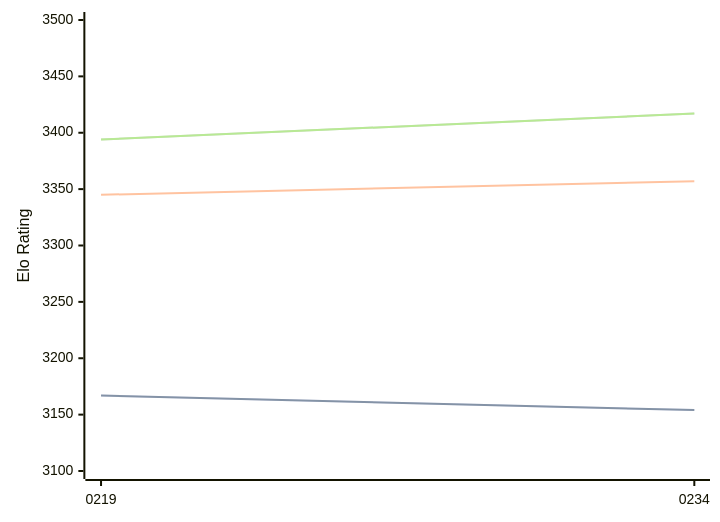
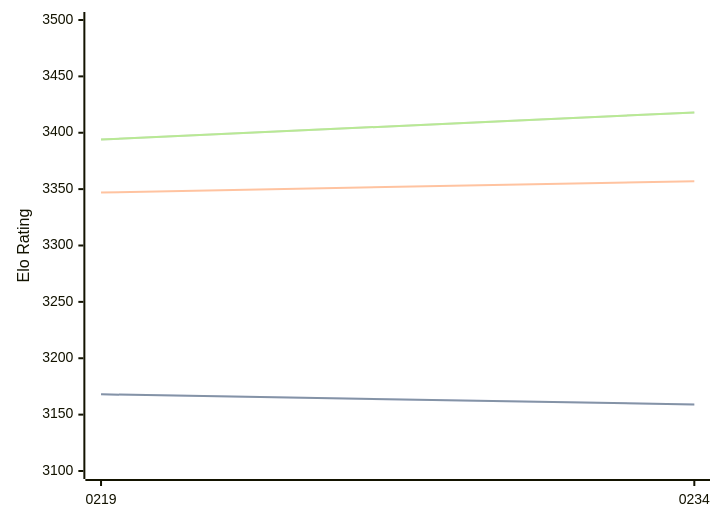
One commit to computer-chess-index/cci changed the diagram in engines/Ynode.md. Above: the diagram before and after it, drawn with Mermaid. The commit also changed other lines of this file, not shown here.

Commit message:
Update CCI Ratings (ELO VLTC) - 2026-04-05

````diff
--- a/engines/Ynode.md
+++ b/engines/Ynode.md
@@ -39,11 +39,11 @@
 ```mermaid
 %%{init: {"theme":"base","themeVariables":{"seriesColors:['#a3a3a3','#222221','#faa371']}}}%%
 xychart-beta
   x-axis ["0219", "0234"]
   y-axis "Elo Rating" 3100 --> 3500
-  line "STC (8.0+0.08s)" [3167, 3154]
-  line "STC (8.0+0.08s)" [3167, 3154]
-  line "LTC (60.0+0.60s)" [3345, 3357]
-  line "VLTC (2m24s+1.12s)" [3394, 3417]
-  line "VLTC (2m24s+1.12s)" [3394, 3417]
+  line "STC (8.0+0.08s)" [3168, 3159]
+  line "STC (8.0+0.08s)" [3168, 3159]
+  line "LTC (60.0+0.60s)" [3347, 3357]
+  line "VLTC (2m24s+1.12s)" [3394, 3418]
+  line "VLTC (2m24s+1.12s)" [3394, 3418]
 ```
````
